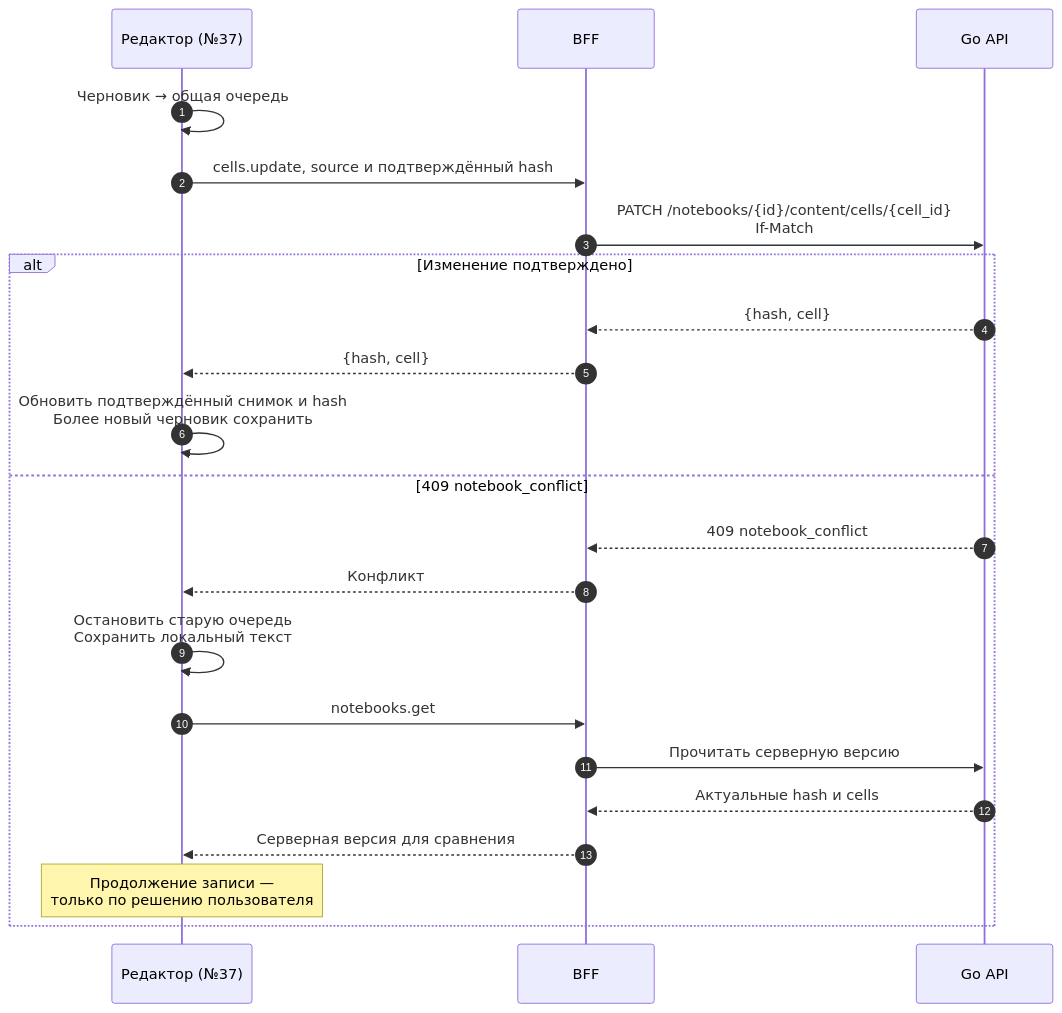
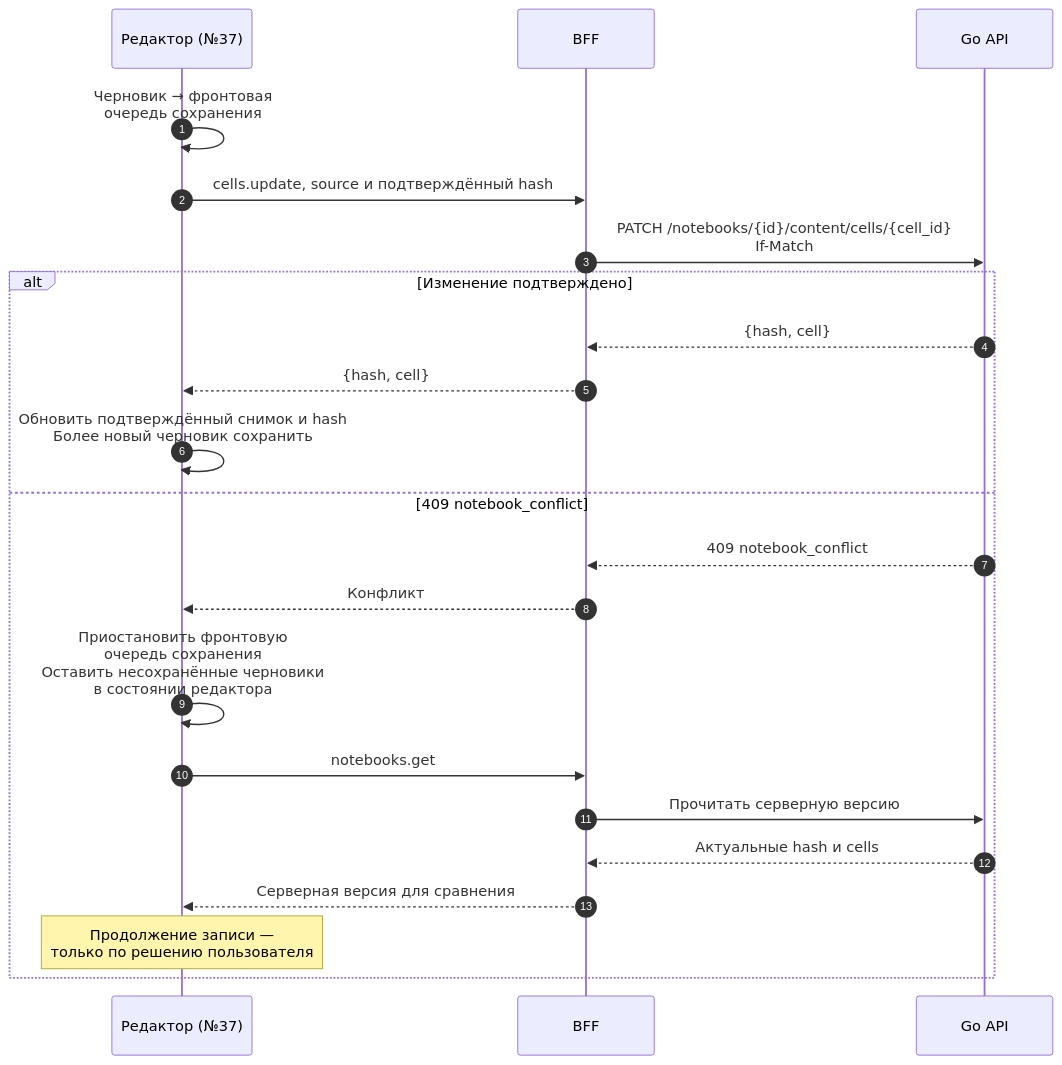
One commit to Cringe-Driven-Development-Team/docs changed the first of 2 diagrams in site/modules/2/tracks/file-exec/contract.md. Above: the diagram before and after it, drawn with Mermaid. The commit also changed other lines of this file, not shown here.

Commit message:
docs(блокноты): уточнить фронтовую очередь и повтор после конфликта

````diff
--- a/site/modules/2/tracks/file-exec/contract.md
+++ b/site/modules/2/tracks/file-exec/contract.md
@@ -633,25 +637,25 @@
 ```mermaid
 sequenceDiagram
   %% Сохранение: общая очередь, подтверждение и явное разрешение конфликта.
   autonumber
   participant Editor as Редактор (№37)
   participant BFF
   participant Go as Go API
-  Editor->>Editor: Черновик → общая очередь
+  Editor->>Editor: Черновик → фронтовая<br/>очередь сохранения
   Editor->>BFF: cells.update, source и подтверждённый hash
   BFF->>Go: PATCH /notebooks/{id}/content/cells/{cell_id}<br/>If-Match
   alt Изменение подтверждено
     Go-->>BFF: {hash, cell}
     BFF-->>Editor: {hash, cell}
     Editor->>Editor: Обновить подтверждённый снимок и hash<br/>Более новый черновик сохранить
   else 409 notebook_conflict
     Go-->>BFF: 409 notebook_conflict
     BFF-->>Editor: Конфликт
-    Editor->>Editor: Остановить старую очередь<br/>Сохранить локальный текст
+    Editor->>Editor: Приостановить фронтовую<br/>очередь сохранения<br/>Оставить несохранённые черновики<br/>в состоянии редактора
     Editor->>BFF: notebooks.get
     BFF->>Go: Прочитать серверную версию
     Go-->>BFF: Актуальные hash и cells
     BFF-->>Editor: Серверная версия для сравнения
     Note over Editor: Продолжение записи —<br/>только по решению пользователя
   end
 ```
````
